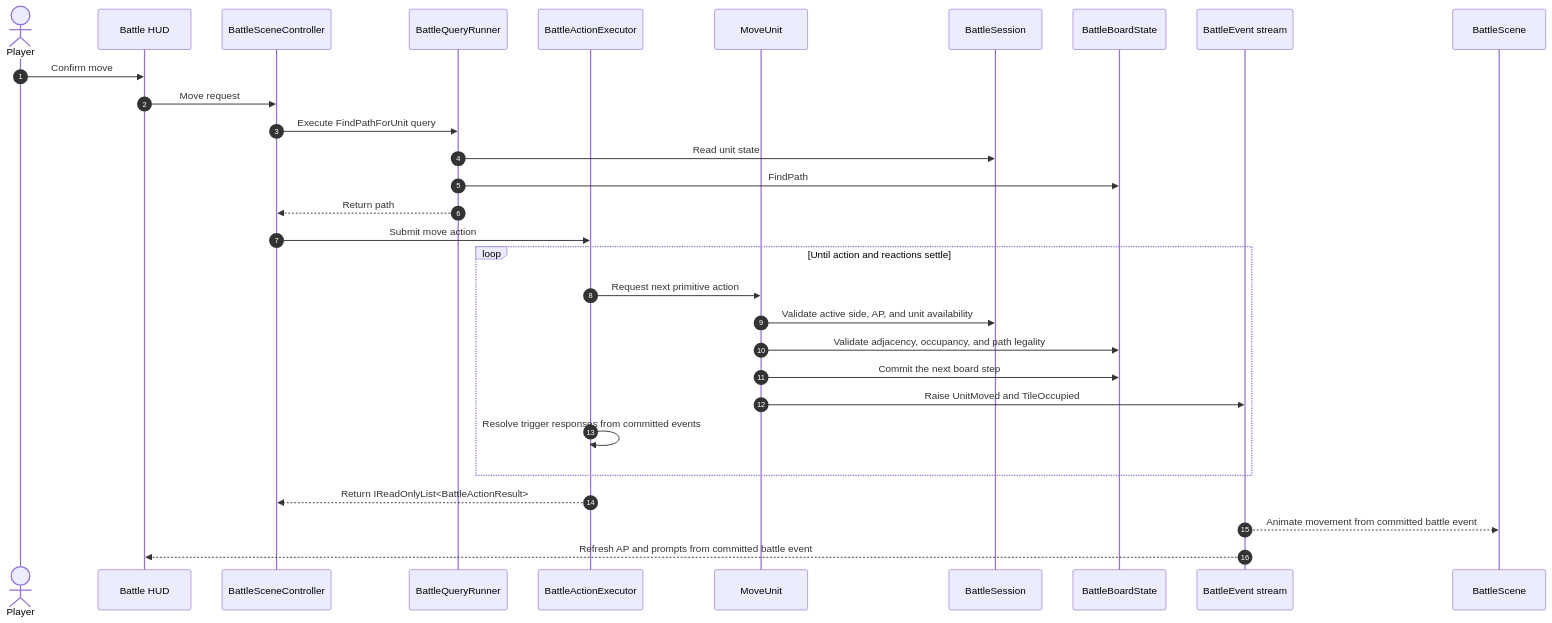
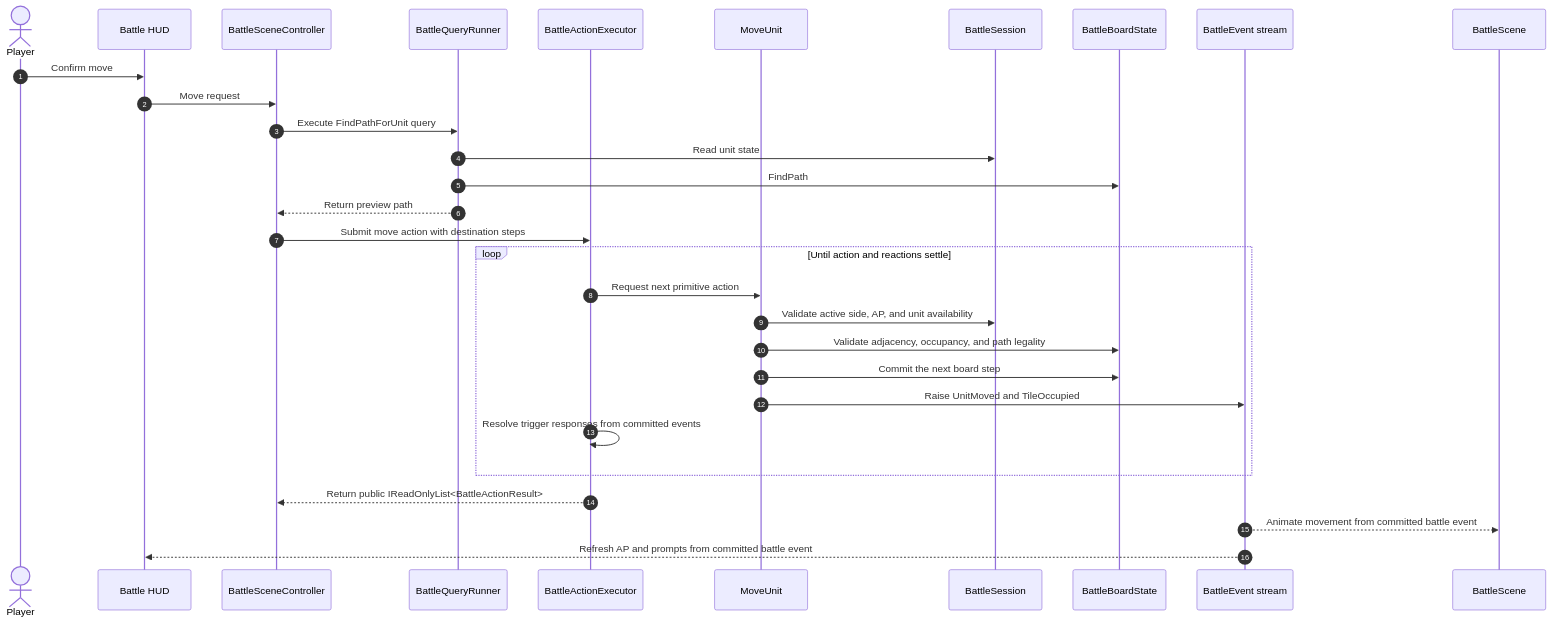
Before and after one commit to smallp-o-p/fun-project: the second of 2 diagrams in docs/battlescape-architecture.md, drawn with Mermaid. The commit also changed other lines of this file and 13 other files, not shown here.

````diff
--- a/docs/battlescape-architecture.md
+++ b/docs/battlescape-architecture.md
@@ -299,33 +298,33 @@
 ```mermaid
 sequenceDiagram
     autonumber
     actor Player
     participant HUD as Battle HUD
     participant Controller as BattleSceneController
     participant Queries as BattleQueryRunner
     participant Exec as BattleActionExecutor
     participant Action as MoveUnit
     participant Session as BattleSession
     participant Board as BattleBoardState
     participant Event as BattleEvent stream
     participant View as BattleScene
 
     Player->>HUD: Confirm move
     HUD->>Controller: Move request
     Controller->>Queries: Execute FindPathForUnit query
     Queries->>Session: Read unit state
     Queries->>Board: FindPath
-    Queries-->>Controller: Return path
-    Controller->>Exec: Submit move action
+    Queries-->>Controller: Return preview path
+    Controller->>Exec: Submit move action with destination steps
     loop Until action and reactions settle
         Exec->>Action: Request next primitive action
         Action->>Session: Validate active side, AP, and unit availability
         Action->>Board: Validate adjacency, occupancy, and path legality
         Action->>Board: Commit the next board step
         Action->>Event: Raise UnitMoved and TileOccupied
         Exec->>Exec: Resolve trigger responses from committed events
     end
-    Exec-->>Controller: Return IReadOnlyList<BattleActionResult>
+    Exec-->>Controller: Return public IReadOnlyList<BattleActionResult>
     Event-->>View: Animate movement from committed battle event
     Event-->>HUD: Refresh AP and prompts from committed battle event
 ```
````
